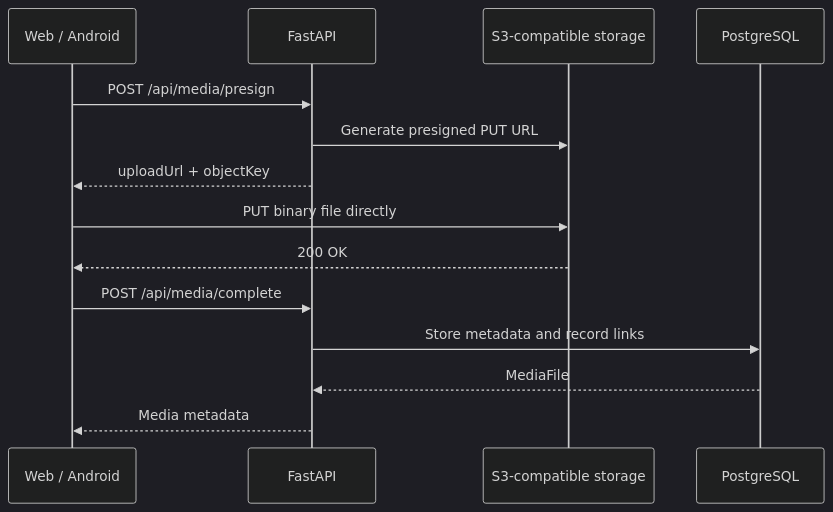
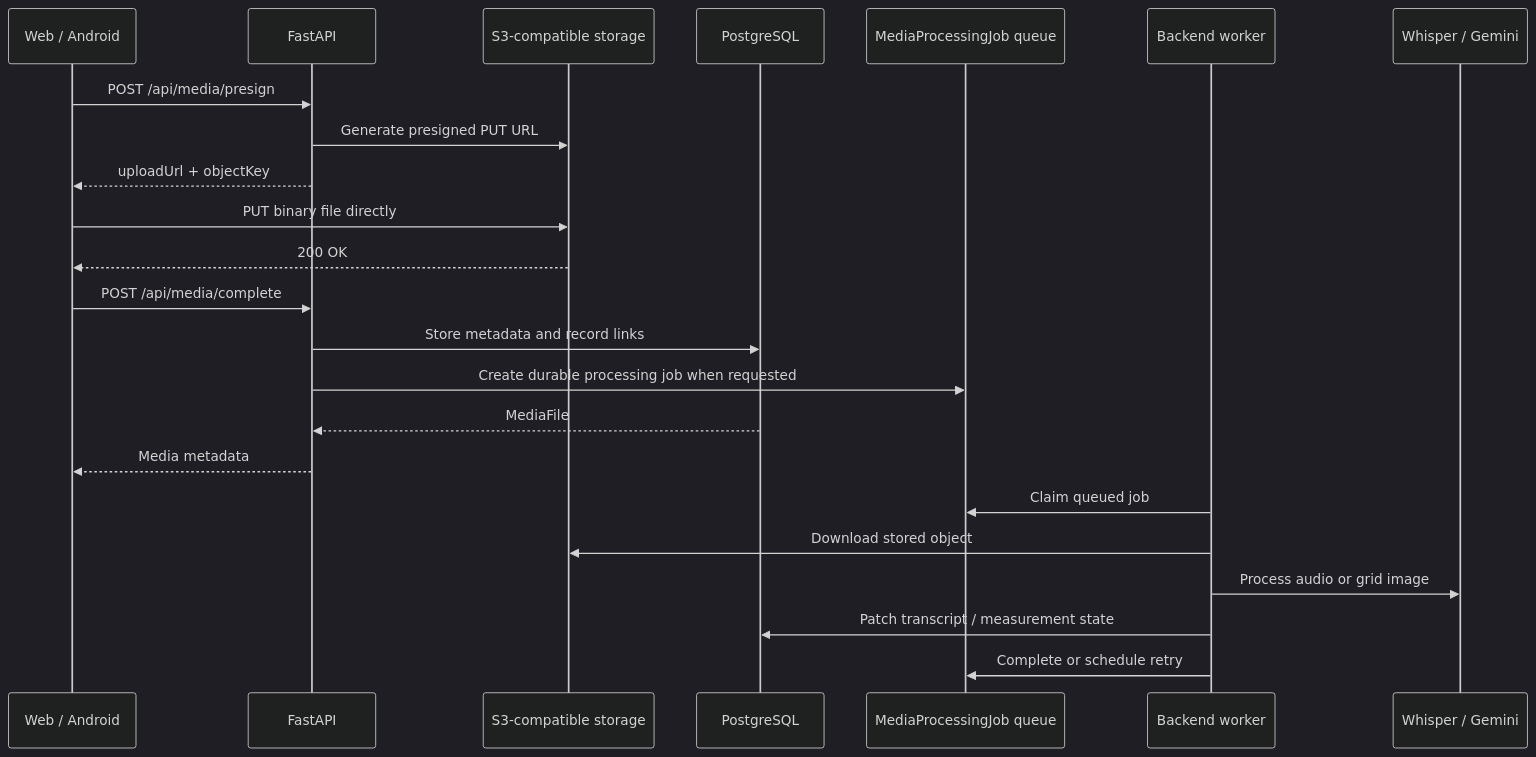
The eighth of 12 diagrams in docs/ARCHITECTURE.md (cxacraftecosystem-ui/documentation-portal), drawn with Mermaid (dark theme) before and after one commit. The commit also changed other lines of this file and 22 other files, not shown here.

Commit message:
Add durable media processing queue

````diff
--- a/docs/ARCHITECTURE.md
+++ b/docs/ARCHITECTURE.md
@@ -160,17 +168,26 @@
 ```mermaid
 sequenceDiagram
   participant Client as Web / Android
   participant API as FastAPI
   participant S3 as S3-compatible storage
   participant DB as PostgreSQL
+  participant Queue as MediaProcessingJob queue
+  participant Worker as Backend worker
+  participant AI as Whisper / Gemini
 
   Client->>API: POST /api/media/presign
   API->>S3: Generate presigned PUT URL
   API-->>Client: uploadUrl + objectKey
   Client->>S3: PUT binary file directly
   S3-->>Client: 200 OK
   Client->>API: POST /api/media/complete
   API->>DB: Store metadata and record links
+  API->>Queue: Create durable processing job when requested
   DB-->>API: MediaFile
   API-->>Client: Media metadata
+  Worker->>Queue: Claim queued job
+  Worker->>S3: Download stored object
+  Worker->>AI: Process audio or grid image
+  Worker->>DB: Patch transcript / measurement state
+  Worker->>Queue: Complete or schedule retry
 ```
````
